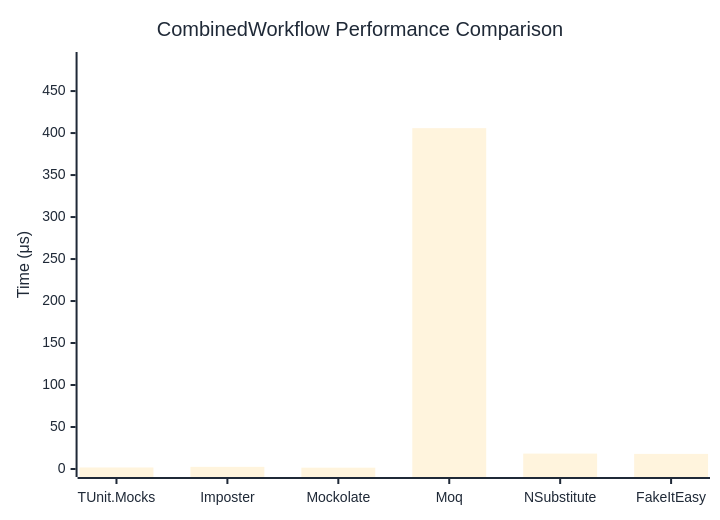
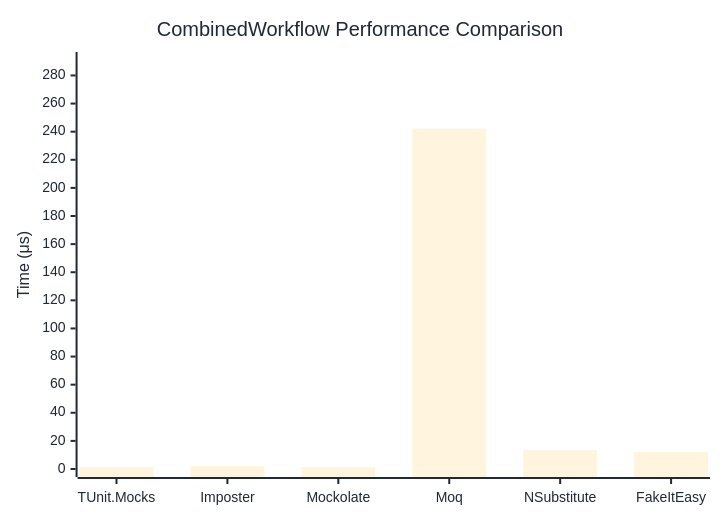
Before and after one commit to thomhurst/TUnit: the diagram in docs/docs/benchmarks/mocks/CombinedWorkflow.md, drawn with Mermaid. The commit also changed other lines of this file and 14 other files, not shown here.

````diff
--- a/docs/docs/benchmarks/mocks/CombinedWorkflow.md
+++ b/docs/docs/benchmarks/mocks/CombinedWorkflow.md
@@ -30,27 +30,27 @@
 ```mermaid
 %%{init: {
   'theme':'base',
   'themeVariables': {
     'primaryColor': '#2563eb',
     'primaryTextColor': '#1f2937',
     'primaryBorderColor': '#1e40af',
     'lineColor': '#6b7280',
     'secondaryColor': '#7c3aed',
     'tertiaryColor': '#dc2626',
     'background': '#ffffff',
     'pie1': '#2563eb',
     'pie2': '#7c3aed',
     'pie3': '#dc2626',
     'pie4': '#f59e0b',
     'pie5': '#10b981',
     'pie6': '#06b6d4',
     'pie7': '#ec4899',
     'pie8': '#6366f1'
   }
 }}%%
 xychart-beta
   title "CombinedWorkflow Performance Comparison"
   x-axis ["TUnit.Mocks", "Imposter", "Mockolate", "Moq", "NSubstitute", "FakeItEasy"]
-  y-axis "Time (μs)" 0 --> 487
-  bar [1.804, 2.547, 1.577, 405.83, 18.334, 17.983]
+  y-axis "Time (μs)" 0 --> 291
+  bar [1.438, 2.065, 1.339, 242.209, 13.449, 12.234]
 ```
````
